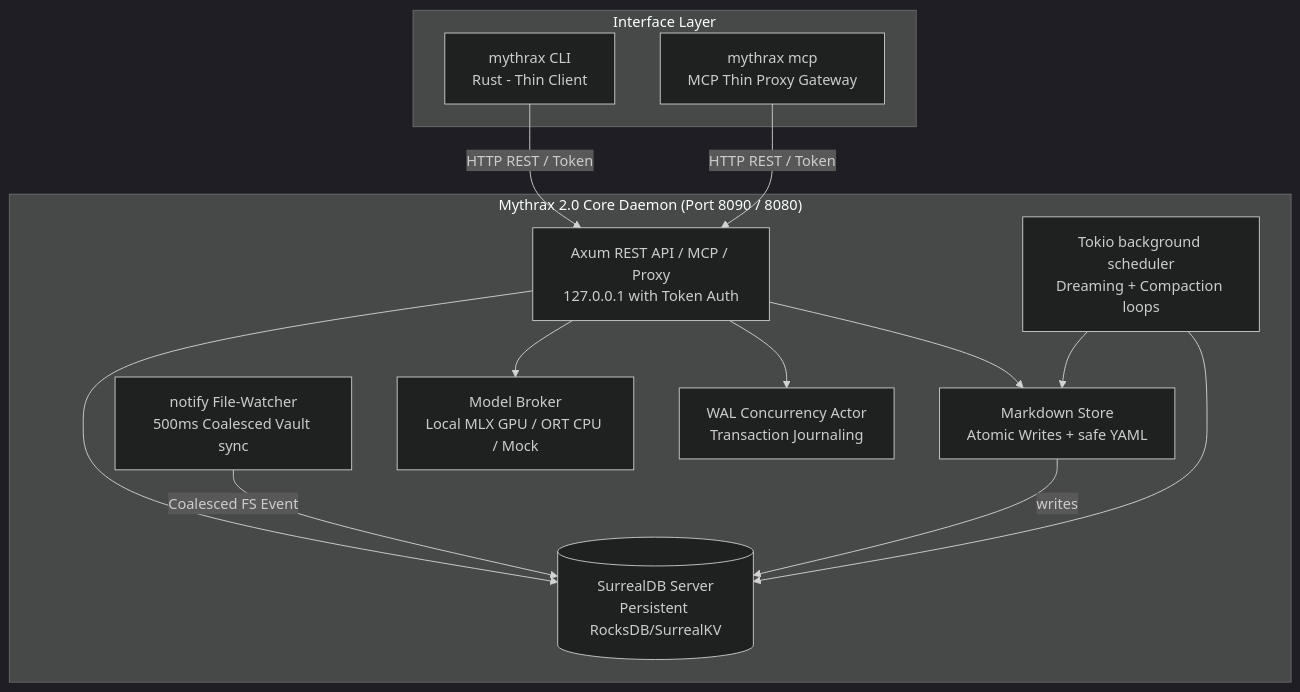
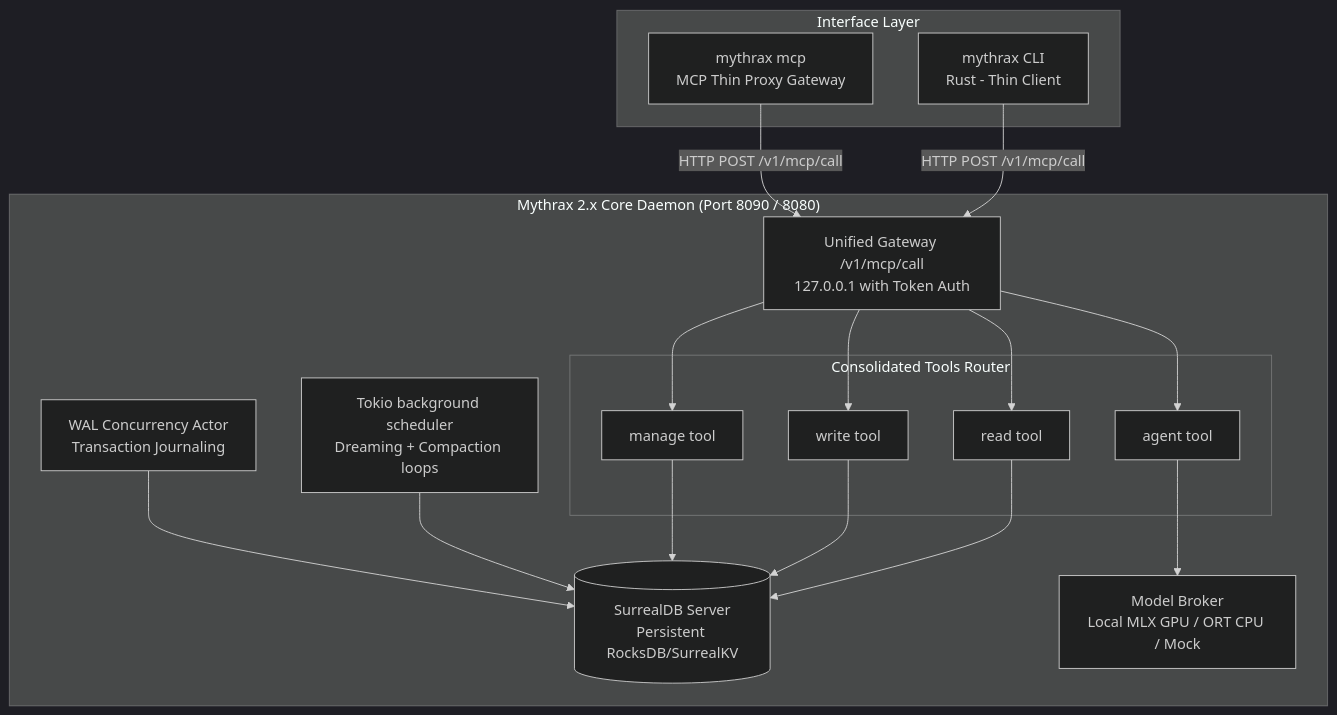
Before and after one commit to keith-mcclellan/mythrax: the diagram in README.md, drawn with Mermaid (dark theme). The commit also changed other lines of this file and 1 other file, not shown here.

Commit message:
docs: update README.md to document the unified API gateway and corrected data flow diagrams

````diff
--- a/README.md
+++ b/README.md
@@ -26,28 +26,39 @@
 ```mermaid
 graph TB
     subgraph "Interface Layer"
         CLI[mythrax CLI<br/>Rust - Thin Client]
         MCP[mythrax mcp<br/>MCP Thin Proxy Gateway]
     end
 
-    subgraph "Mythrax 2.0 Core Daemon (Port 8090 / 8080)"
-        REST[Axum REST API / MCP / Proxy<br/>127.0.0.1 with Token Auth]
-        Store[Markdown Store<br/>Atomic Writes + safe YAML]
-        Watcher[notify File-Watcher<br/>500ms Coalesced Vault sync]
+    subgraph "Mythrax 2.x Core Daemon (Port 8090 / 8080)"
+        GATEWAY[Unified Gateway /v1/mcp/call<br/>127.0.0.1 with Token Auth]
+        
+        subgraph "Consolidated Tools Router"
+            READ[read tool]
+            WRITE[write tool]
+            MANAGE[manage tool]
+            AGENT[agent tool]
+        end
+
         DB[(SurrealDB Server<br/>Persistent RocksDB/SurrealKV)]
         Broker[Model Broker<br/>Local MLX GPU / ORT CPU / Mock]
         WAL[WAL Concurrency Actor<br/>Transaction Journaling]
         SCHED[Tokio background scheduler<br/>Dreaming + Compaction loops]
     end
 
-    CLI -->|HTTP REST / Token| REST
-    MCP -->|HTTP REST / Token| REST
-    REST --> Store
-    REST --> DB
-    REST --> Broker
-    REST --> WAL
-    Watcher -->|Coalesced FS Event| DB
-    Store -->|writes| DB
+    CLI -->|HTTP POST /v1/mcp/call| GATEWAY
+    MCP -->|HTTP POST /v1/mcp/call| GATEWAY
+    
+    GATEWAY --> READ
+    GATEWAY --> WRITE
+    GATEWAY --> MANAGE
+    GATEWAY --> AGENT
+    
+    READ --> DB
+    WRITE --> DB
+    MANAGE --> DB
+    AGENT --> Broker
+    
     SCHED --> DB
-    SCHED --> Store
+    WAL --> DB
 ```
````
